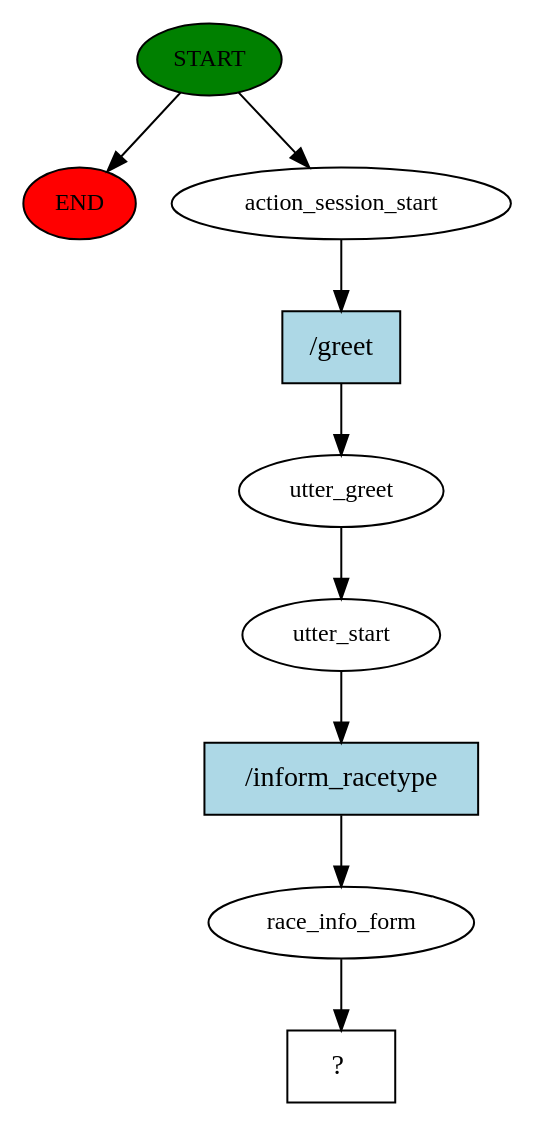
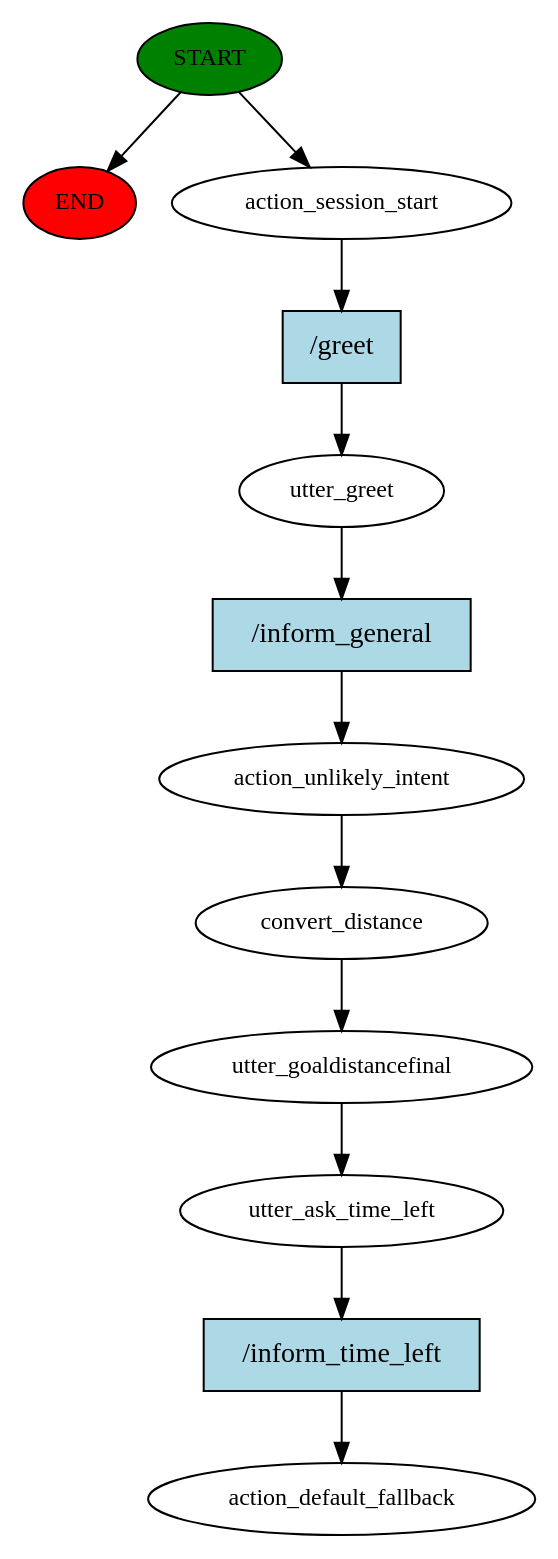
Before and after one commit to Tomaicho/AI_Chatbot: the diagram in PeakPerformanceBot/story_graph.dot, drawn with Graphviz. The commit also changed 332 other files, not shown here.

```diff
--- a/PeakPerformanceBot/story_graph.dot
+++ b/PeakPerformanceBot/story_graph.dot
@@ -1,19 +1,25 @@
 digraph  {
 0 [class="start active", fillcolor=green, fontsize=12, label=START, style=filled];
 "-1" [class=end, fillcolor=red, fontsize=12, label=END, style=filled];
 1 [class=active, fontsize=12, label=action_session_start];
 2 [class=active, fontsize=12, label=utter_greet];
-3 [class=active, fontsize=12, label=utter_start];
-4 [class=active, fontsize=12, label=race_info_form];
-5 [class="intent dashed active", label="  ?  ", shape=rect];
-6 [class="intent active", fillcolor=lightblue, label="/greet", shape=rect, style=filled];
-7 [class="intent active", fillcolor=lightblue, label="/inform_racetype", shape=rect, style=filled];
+3 [class=active, fontsize=12, label=action_unlikely_intent];
+4 [class=active, fontsize=12, label=convert_distance];
+5 [class=active, fontsize=12, label=utter_goaldistancefinal];
+6 [class=active, fontsize=12, label=utter_ask_time_left];
+7 [class="dashed active", fontsize=12, label=action_default_fallback];
+8 [class="intent active", fillcolor=lightblue, label="/greet", shape=rect, style=filled];
+9 [class="intent active", fillcolor=lightblue, label="/inform_general", shape=rect, style=filled];
+10 [class="intent active", fillcolor=lightblue, label="/inform_time_left", shape=rect, style=filled];
 0 -> "-1"  [class="", key=NONE, label=""];
 0 -> 1  [class=active, key=NONE, label=""];
-1 -> 6  [class=active, key=0];
-2 -> 3  [class=active, key=NONE, label=""];
-3 -> 7  [class=active, key=0];
+1 -> 8  [class=active, key=0];
+2 -> 9  [class=active, key=0];
+3 -> 4  [class=active, key=NONE, label=""];
 4 -> 5  [class=active, key=NONE, label=""];
-6 -> 2  [class=active, key=0];
-7 -> 4  [class=active, key=0];
+5 -> 6  [class=active, key=NONE, label=""];
+6 -> 10  [class=active, key=0];
+8 -> 2  [class=active, key=0];
+9 -> 3  [class=active, key=0];
+10 -> 7  [class=active, key=0];
 }
```
